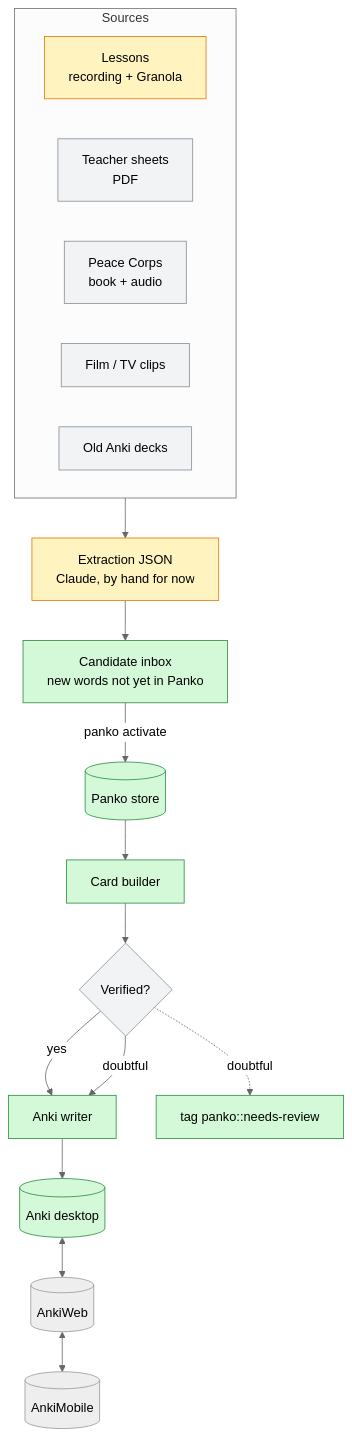
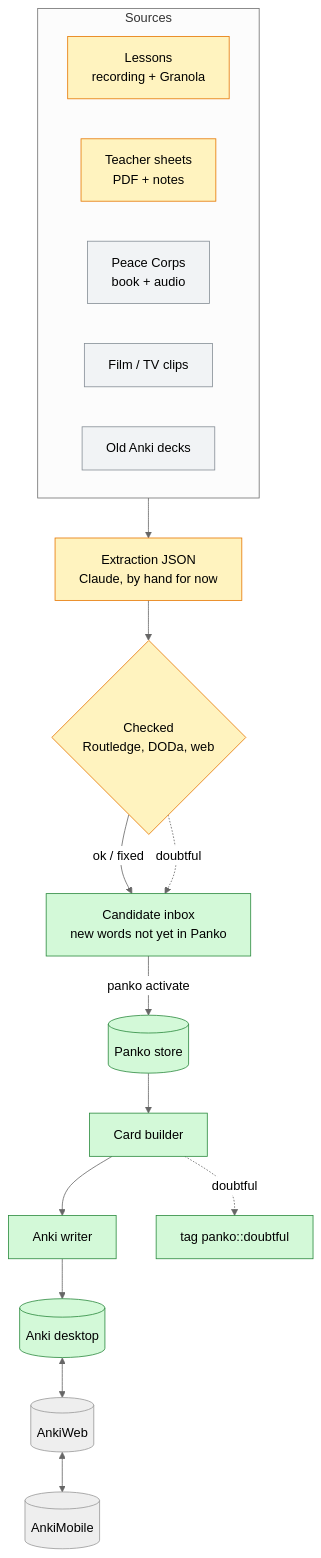
The first of 5 diagrams in docs/ARCHITECTURE.md (NotAHill/panko), drawn with Mermaid (neutral theme) before and after one commit. The commit also changed other lines of this file and 9 other files, not shown here.

````diff
--- a/docs/ARCHITECTURE.md
+++ b/docs/ARCHITECTURE.md
@@ -12,25 +12,25 @@
 ```mermaid
 flowchart TB
     subgraph Sources
         direction LR
         L[Lessons<br/>recording + Granola]:::part
-        T[Teacher sheets<br/>PDF]:::plan
+        T[Teacher sheets<br/>PDF + notes]:::part
         PC[Peace Corps<br/>book + audio]:::plan
         M[Film / TV clips]:::plan
         D[Old Anki decks]:::plan
     end
     Sources --> X[Extraction JSON<br/>Claude, by hand for now]:::part
-    X --> IN[Candidate inbox<br/>new words not yet in Panko]:::built
+    X --> C{Checked<br/>Routledge, DODa, web}:::part
+    C -- ok / fixed --> IN[Candidate inbox<br/>new words not yet in Panko]:::built
+    C -. doubtful .-> IN
     IN -- panko activate --> S[(Panko store)]:::built
     S --> B[Card builder]:::built
-    B --> V{Verified?}:::plan
-    V -- yes --> W[Anki writer]:::built
-    V -- doubtful --> W
-    V -. doubtful .-> F[tag panko::needs-review]:::built
+    B --> W[Anki writer]:::built
+    B -. doubtful .-> F[tag panko::doubtful]:::built
     W --> A[(Anki desktop)]:::built
     A <--> AW[(AnkiWeb)] <--> AM[(AnkiMobile)]
 
     classDef built fill:#d3f9d8,stroke:#2b8a3e,color:#000
     classDef part fill:#fff3bf,stroke:#e67700,color:#000
     classDef plan fill:#f1f3f5,stroke:#868e96,color:#000
 ```
````
